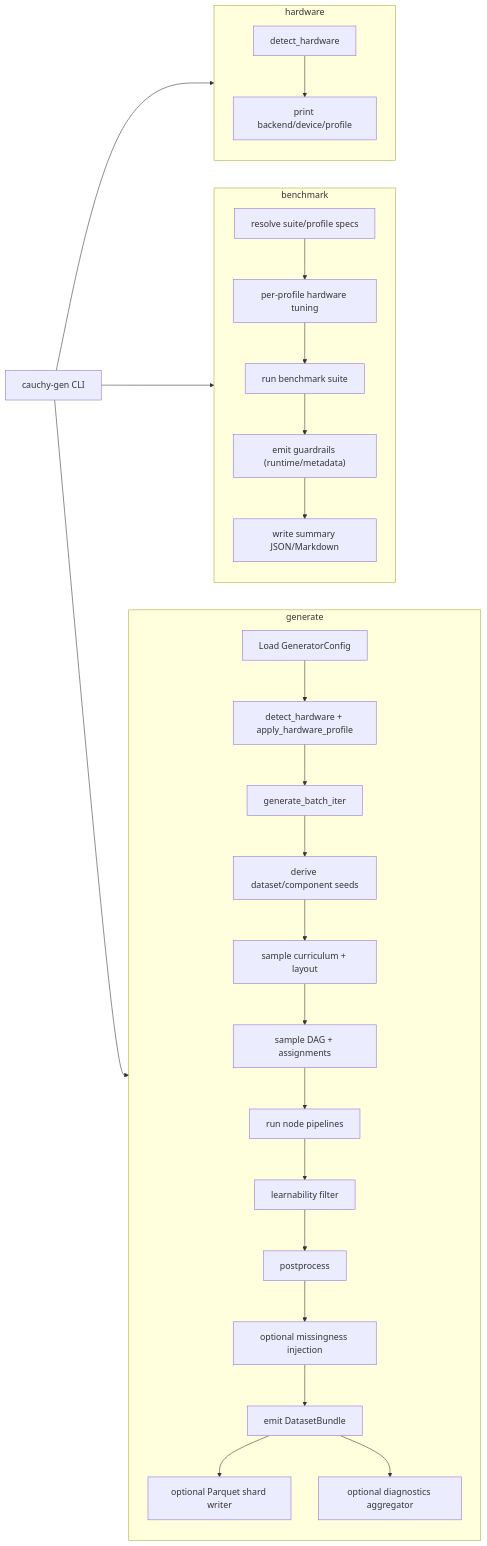
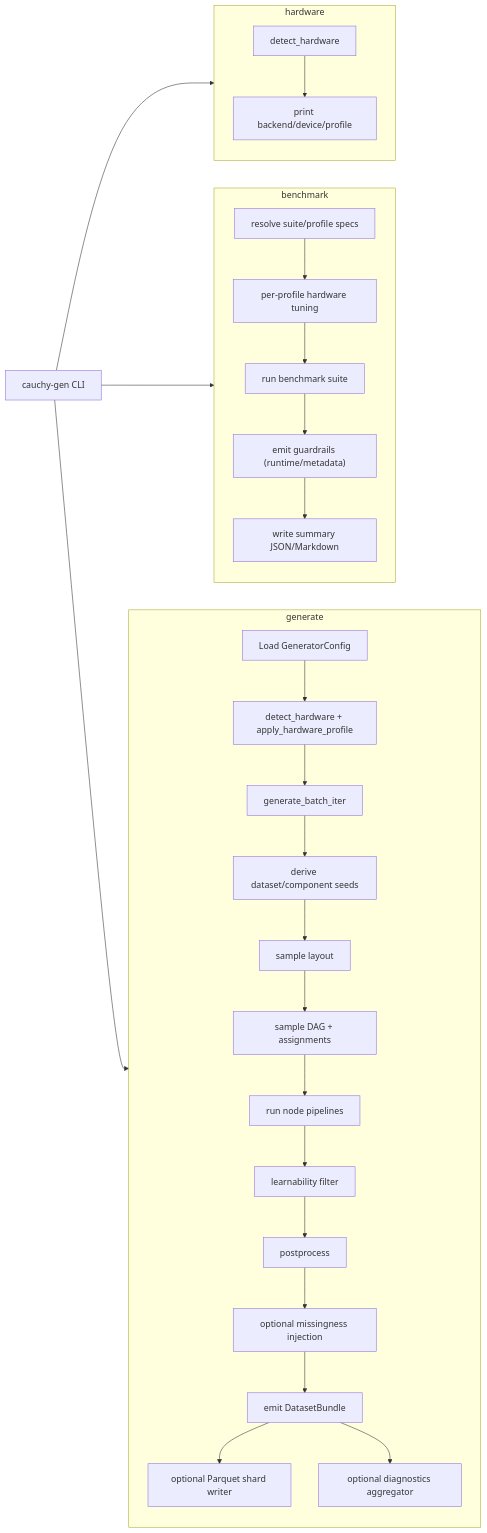
The first of 2 diagrams in docs/how-it-works.md (bensonlee5/dagsynth), drawn with Mermaid before and after one commit. The commit also changed other lines of this file and 30 other files, not shown here.

Commit message:
Remove curriculum concept and simplify fixed-layout generation

````diff
--- a/docs/how-it-works.md
+++ b/docs/how-it-works.md
@@ -38,37 +38,37 @@
 ```mermaid
 flowchart LR
     CLI["cauchy-gen CLI"]
 
     CLI --> Cfg
     CLI --> BCfg
     CLI --> Detect
 
     subgraph GeneratePath["generate"]
         direction TB
         Cfg["Load GeneratorConfig"] --> Tune["detect_hardware + apply_hardware_profile"]
         Tune --> Loop["generate_batch_iter"]
         Loop --> Seed["derive dataset/component seeds"]
-        Seed --> Layout["sample curriculum + layout"]
+        Seed --> Layout["sample layout"]
         Layout --> DAG["sample DAG + assignments"]
         DAG --> Exec["run node pipelines"]
         Exec --> Filter["learnability filter"]
         Filter --> Post["postprocess"]
         Post --> Missing["optional missingness injection"]
         Missing --> Bundle["emit DatasetBundle"]
         Bundle --> Write["optional Parquet shard writer"]
         Bundle --> Diag["optional diagnostics aggregator"]
     end
 
     subgraph BenchPath["benchmark"]
         direction TB
         BCfg["resolve suite/profile specs"] --> BTune["per-profile hardware tuning"]
         BTune --> Runs["run benchmark suite"]
         Runs --> Guards["emit guardrails (runtime/metadata)"]
         Guards --> Reports["write summary JSON/Markdown"]
     end
 
     subgraph HardwarePath["hardware"]
         direction TB
         Detect["detect_hardware"] --> Print["print backend/device/profile"]
     end
 ```
````
